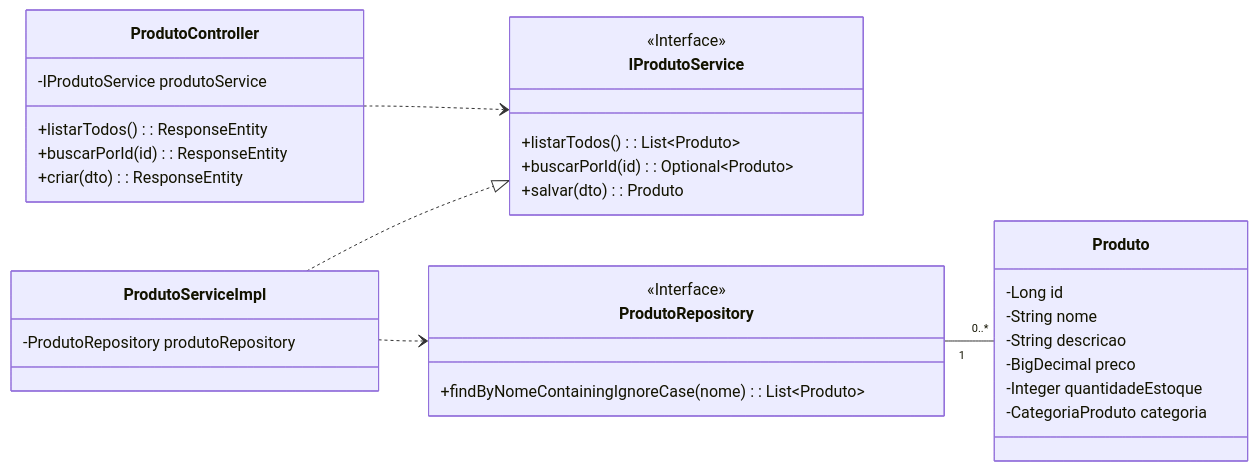
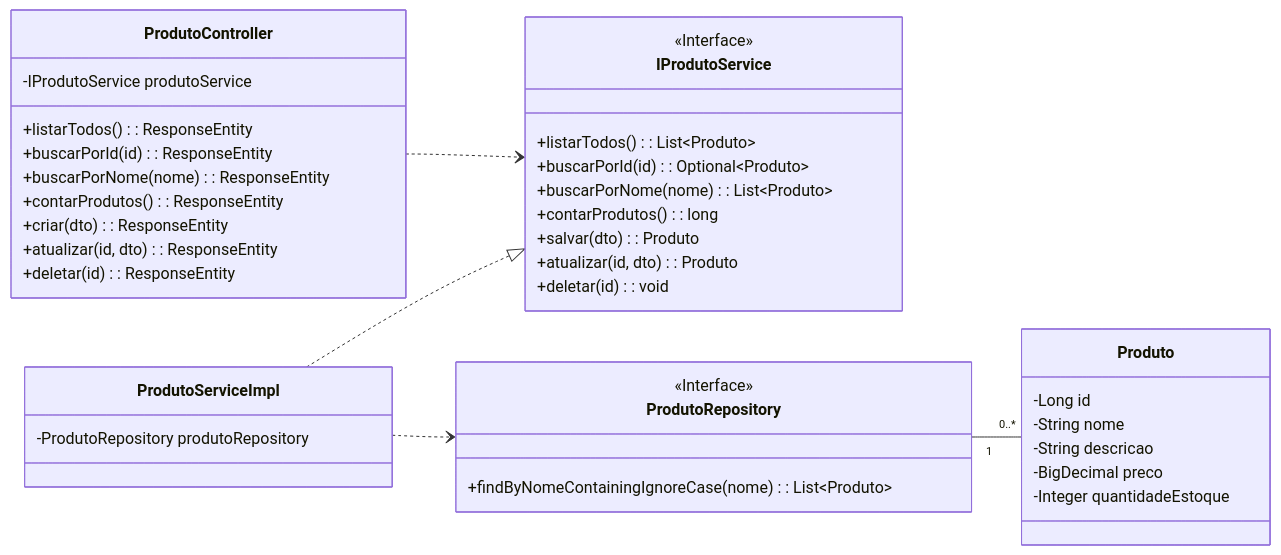
The fifth of 8 diagrams in DESENHO_ARQUITETURAL.md (iagobrdev/orders-bootcamp), drawn with Mermaid before and after one commit. The commit also changed other lines of this file, not shown here.

````diff
--- a/DESENHO_ARQUITETURAL.md
+++ b/DESENHO_ARQUITETURAL.md
@@ -226,41 +226,48 @@
 ```mermaid
 classDiagram
     direction LR
 
     class ProdutoController {
         -IProdutoService produtoService
         +listarTodos() : ResponseEntity
         +buscarPorId(id) : ResponseEntity
+        +buscarPorNome(nome) : ResponseEntity
+        +contarProdutos() : ResponseEntity
         +criar(dto) : ResponseEntity
+        +atualizar(id, dto) : ResponseEntity
+        +deletar(id) : ResponseEntity
     }
 
     class IProdutoService {
         <<Interface>>
         +listarTodos() : List~Produto~
         +buscarPorId(id) : Optional~Produto~
+        +buscarPorNome(nome) : List~Produto~
+        +contarProdutos() : long
         +salvar(dto) : Produto
+        +atualizar(id, dto) : Produto
+        +deletar(id) : void
     }
 
     class ProdutoServiceImpl {
         -ProdutoRepository produtoRepository
     }
 
     class ProdutoRepository {
         <<Interface>>
         +findByNomeContainingIgnoreCase(nome) : List~Produto~
     }
 
     class Produto {
         -Long id
         -String nome
         -String descricao
         -BigDecimal preco
         -Integer quantidadeEstoque
-        -CategoriaProduto categoria
     }
 
     ProdutoController ..> IProdutoService
     ProdutoServiceImpl ..|> IProdutoService
     ProdutoServiceImpl ..> ProdutoRepository
     ProdutoRepository "1" -- "0..*" Produto
 ```
````
